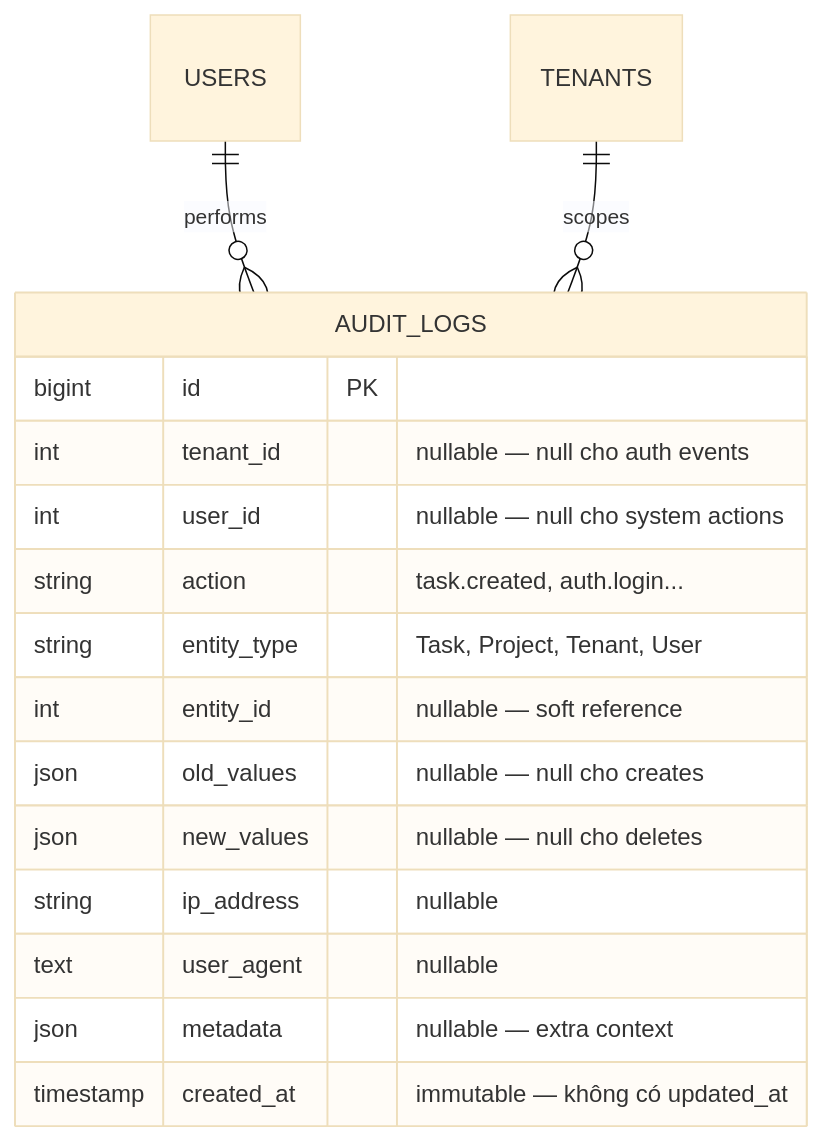
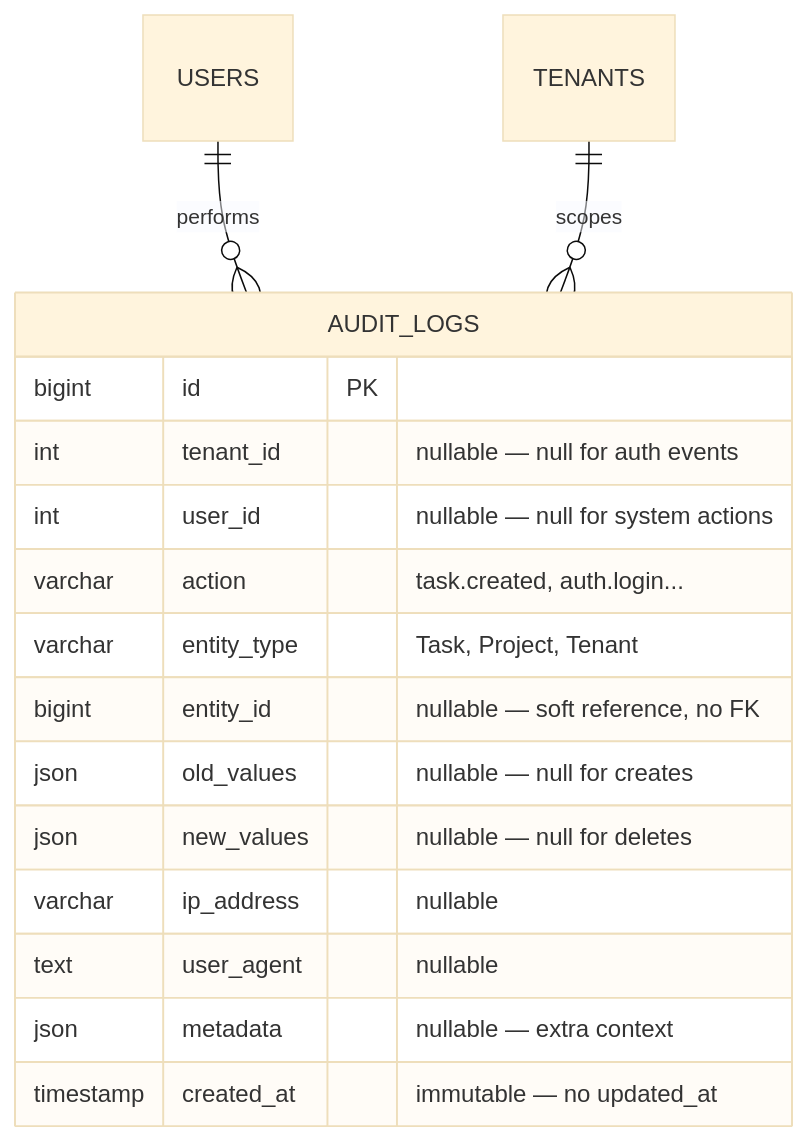
The second of 6 diagrams in docs/product/AUDIT_SYSTEM/02-ARCHITECTURE.md (mypham773734/sass-dashboard-tenant-project), drawn with Mermaid (base theme) before and after one commit. The commit also changed other lines of this file and 38 other files, not shown here.

````diff
--- a/docs/product/AUDIT_SYSTEM/02-ARCHITECTURE.md
+++ b/docs/product/AUDIT_SYSTEM/02-ARCHITECTURE.md
@@ -89,20 +57,20 @@
 ```mermaid
 erDiagram
     AUDIT_LOGS {
         bigint id PK
-        int tenant_id "nullable — null cho auth events"
-        int user_id "nullable — null cho system actions"
-        string action "task.created, auth.login..."
-        string entity_type "Task, Project, Tenant, User"
-        int entity_id "nullable — soft reference"
-        json old_values "nullable — null cho creates"
-        json new_values "nullable — null cho deletes"
-        string ip_address "nullable"
+        int tenant_id "nullable — null for auth events"
+        int user_id "nullable — null for system actions"
+        varchar action "task.created, auth.login..."
+        varchar entity_type "Task, Project, Tenant"
+        bigint entity_id "nullable — soft reference, no FK"
+        json old_values "nullable — null for creates"
+        json new_values "nullable — null for deletes"
+        varchar ip_address "nullable"
         text user_agent "nullable"
         json metadata "nullable — extra context"
-        timestamp created_at "immutable — không có updated_at"
+        timestamp created_at "immutable — no updated_at"
     }
 
     USERS ||--o{ AUDIT_LOGS : "performs"
     TENANTS ||--o{ AUDIT_LOGS : "scopes"
 ```
````
